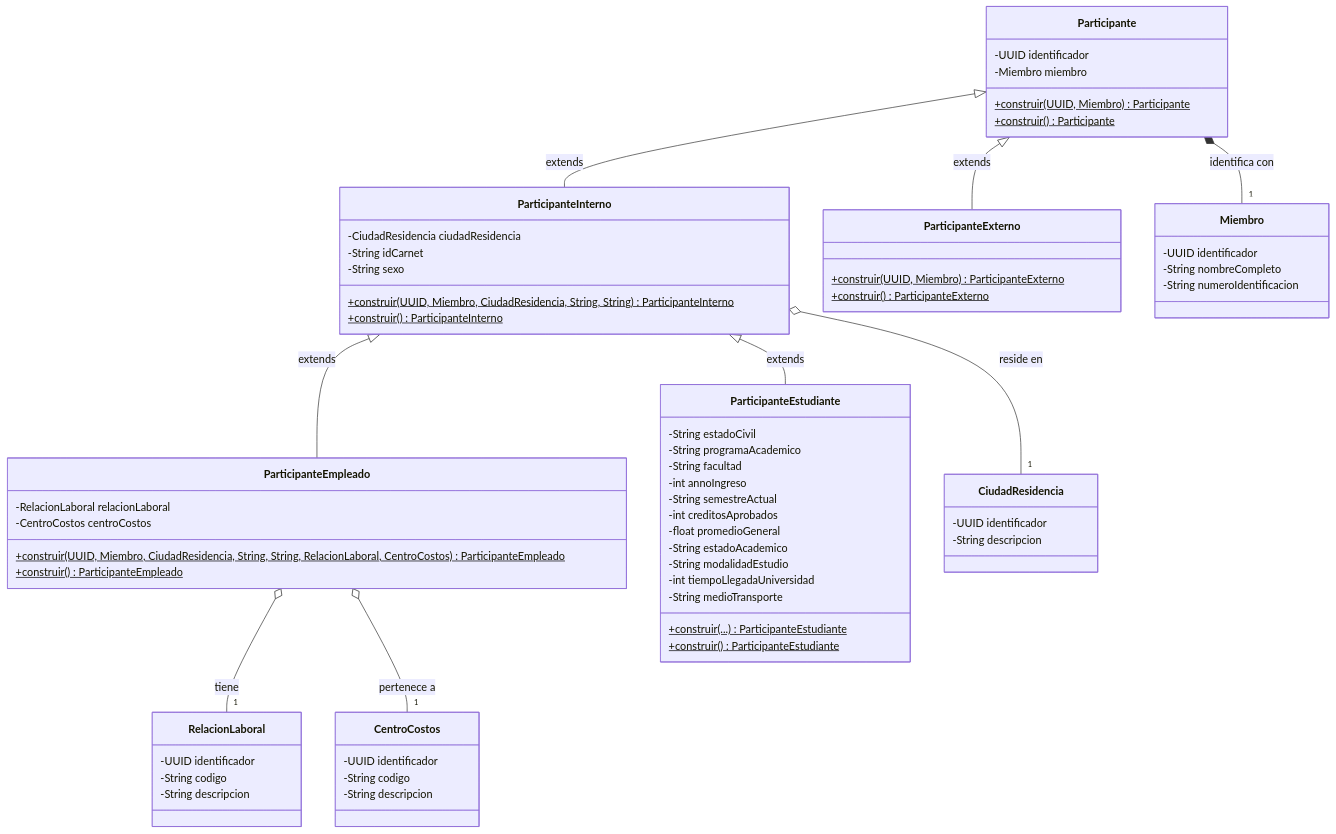
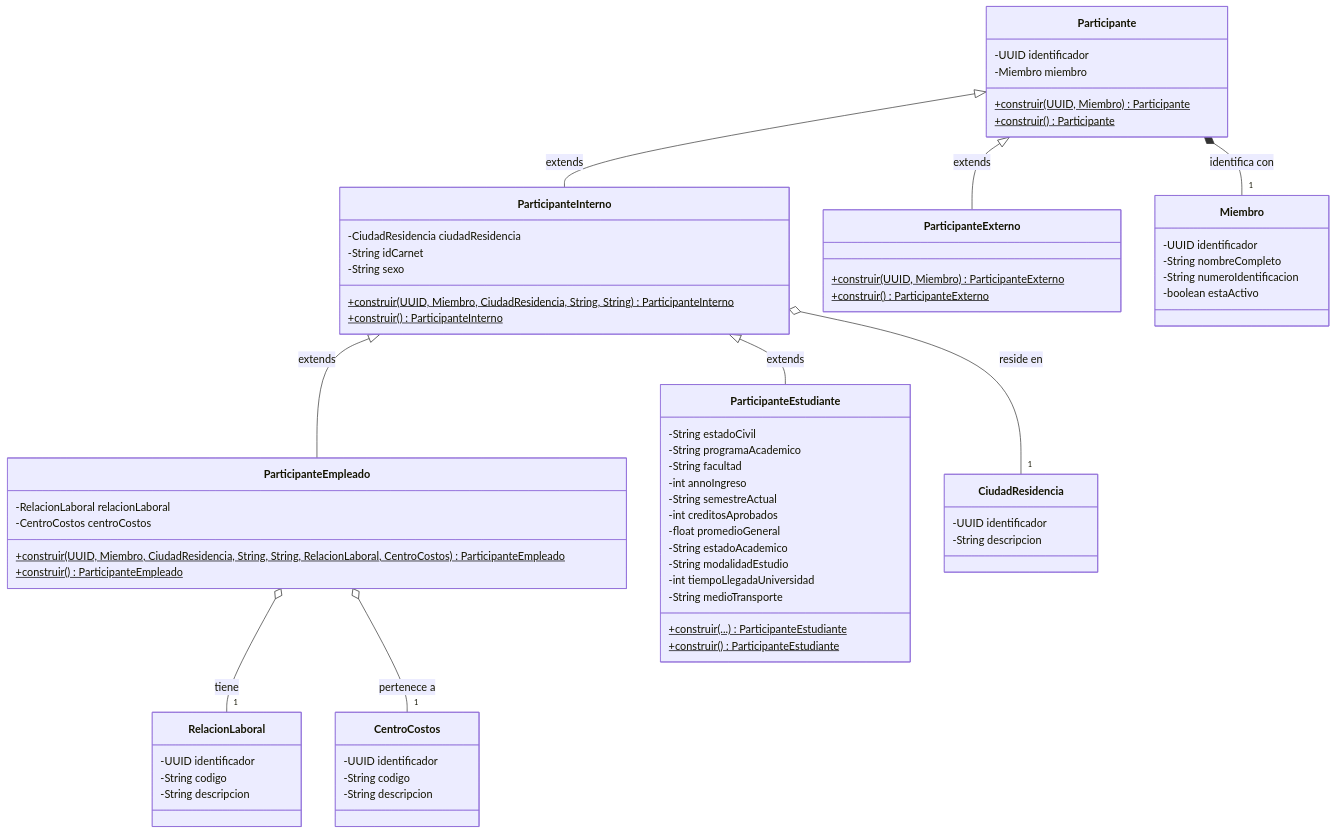
Before and after one commit to sibeuco/DocumentacionSibe: the sixth of 7 diagrams in docs/artifacts/25.diagrama_de_clases.md, drawn with Mermaid. The commit also changed other lines of this file and 5 other files, not shown here.

````diff
--- a/docs/artifacts/25.diagrama_de_clases.md
+++ b/docs/artifacts/25.diagrama_de_clases.md
@@ -929,79 +928,80 @@
 ```mermaid
 classDiagram
     direction TB
 
     class Participante {
         -UUID identificador
         -Miembro miembro
         +construir(UUID, Miembro) Participante$
         +construir() Participante$
     }
 
     class ParticipanteInterno {
         -CiudadResidencia ciudadResidencia
         -String idCarnet
         -String sexo
         +construir(UUID, Miembro, CiudadResidencia, String, String) ParticipanteInterno$
         +construir() ParticipanteInterno$
     }
 
     class ParticipanteEmpleado {
         -RelacionLaboral relacionLaboral
         -CentroCostos centroCostos
         +construir(UUID, Miembro, CiudadResidencia, String, String, RelacionLaboral, CentroCostos) ParticipanteEmpleado$
         +construir() ParticipanteEmpleado$
     }
 
     class ParticipanteEstudiante {
         -String estadoCivil
         -String programaAcademico
         -String facultad
         -int annoIngreso
         -String semestreActual
         -int creditosAprobados
         -float promedioGeneral
         -String estadoAcademico
         -String modalidadEstudio
         -int tiempoLlegadaUniversidad
         -String medioTransporte
         +construir(...) ParticipanteEstudiante$
         +construir() ParticipanteEstudiante$
     }
 
     class ParticipanteExterno {
         +construir(UUID, Miembro) ParticipanteExterno$
         +construir() ParticipanteExterno$
     }
 
     class Miembro {
         -UUID identificador
         -String nombreCompleto
         -String numeroIdentificacion
+        -boolean estaActivo
     }
 
     class CiudadResidencia {
         -UUID identificador
         -String descripcion
     }
 
     class RelacionLaboral {
         -UUID identificador
         -String codigo
         -String descripcion
     }
 
     class CentroCostos {
         -UUID identificador
         -String codigo
         -String descripcion
     }
 
     Participante <|-- ParticipanteInterno : extends
     Participante <|-- ParticipanteExterno : extends
     ParticipanteInterno <|-- ParticipanteEmpleado : extends
     ParticipanteInterno <|-- ParticipanteEstudiante : extends
     Participante *-- "1" Miembro : identifica con
     ParticipanteInterno o-- "1" CiudadResidencia : reside en
     ParticipanteEmpleado o-- "1" RelacionLaboral : tiene
     ParticipanteEmpleado o-- "1" CentroCostos : pertenece a
 ```
````
